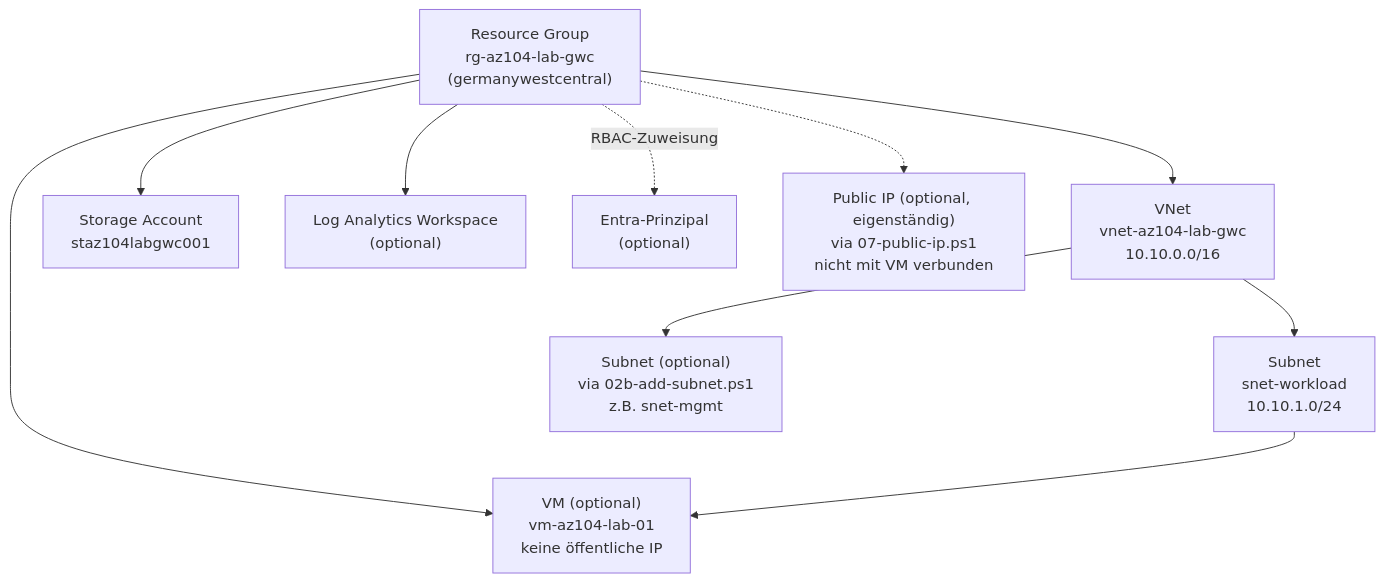
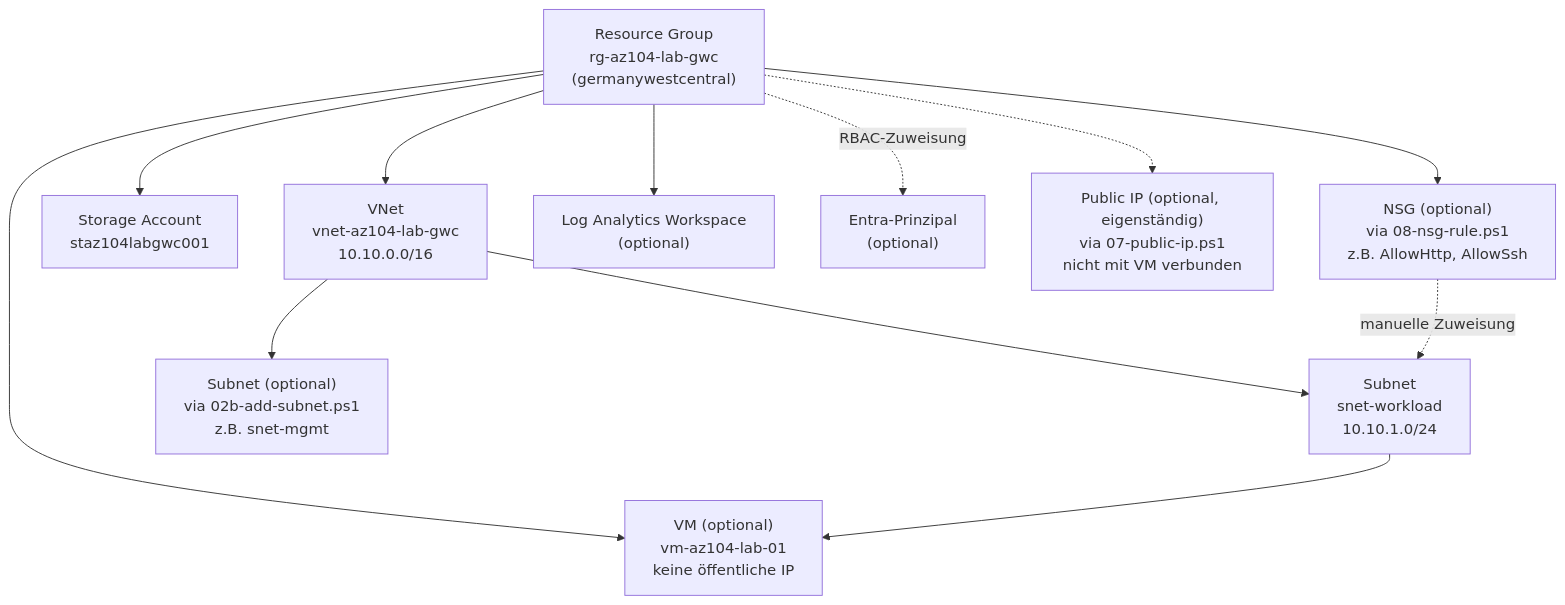
The diagram in README.md (DFelux/az104-automation-lab), drawn with Mermaid before and after one commit. The commit also changed other lines of this file, not shown here.

````diff
--- a/README.md
+++ b/README.md
@@ -9,13 +9,15 @@
 ```mermaid
 graph TD
     RG["Resource Group<br/>rg-az104-lab-gwc<br/>(germanywestcentral)"]
     RG --> VNET["VNet<br/>vnet-az104-lab-gwc<br/>10.10.0.0/16"]
     VNET --> SNET["Subnet<br/>snet-workload<br/>10.10.1.0/24"]
     VNET --> SNET2["Subnet (optional)<br/>via 02b-add-subnet.ps1<br/>z.B. snet-mgmt"]
     RG --> ST["Storage Account<br/>staz104labgwc001"]
     RG --> VM["VM (optional)<br/>vm-az104-lab-01<br/>keine öffentliche IP"]
     SNET --> VM
+    RG --> NSG["NSG (optional)<br/>via 08-nsg-rule.ps1<br/>z.B. AllowHttp, AllowSsh"]
+    NSG -. manuelle Zuweisung .-> SNET
     RG --> LAW["Log Analytics Workspace<br/>(optional)"]
     RG -. RBAC-Zuweisung .-> PRINCIPAL["Entra-Prinzipal<br/>(optional)"]
     RG -.-> PIP["Public IP (optional, eigenständig)<br/>via 07-public-ip.ps1<br/>nicht mit VM verbunden"]
 ```
````
